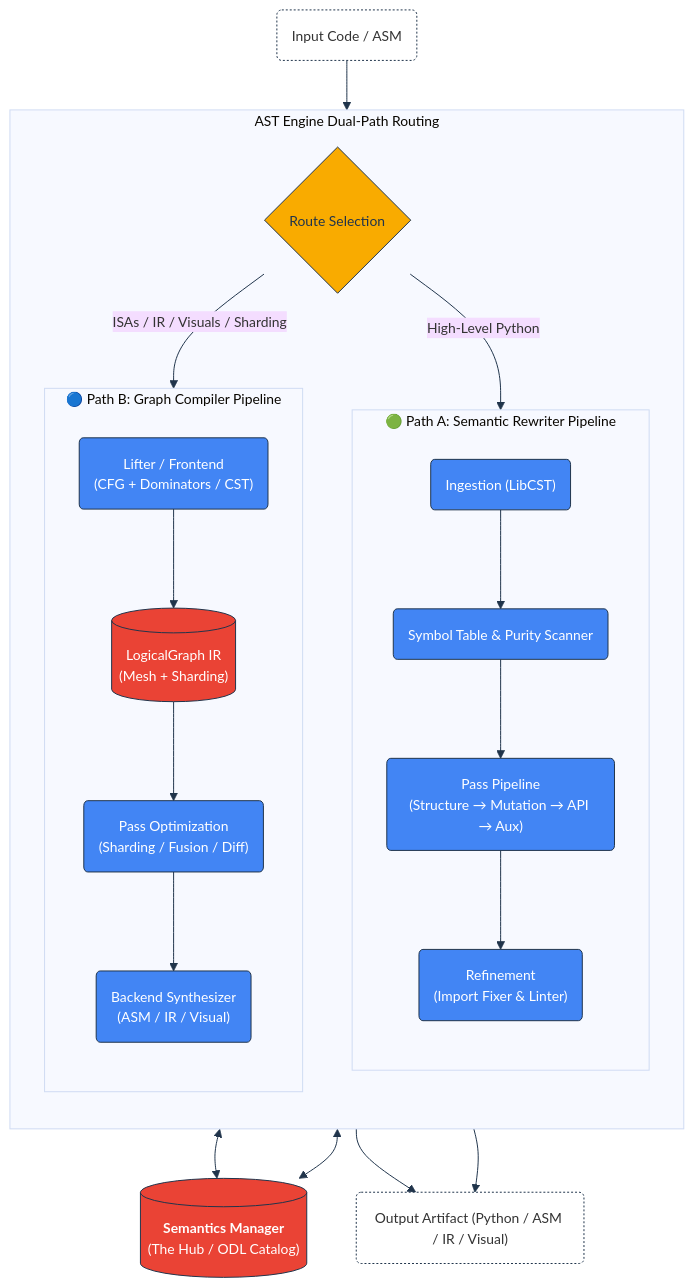
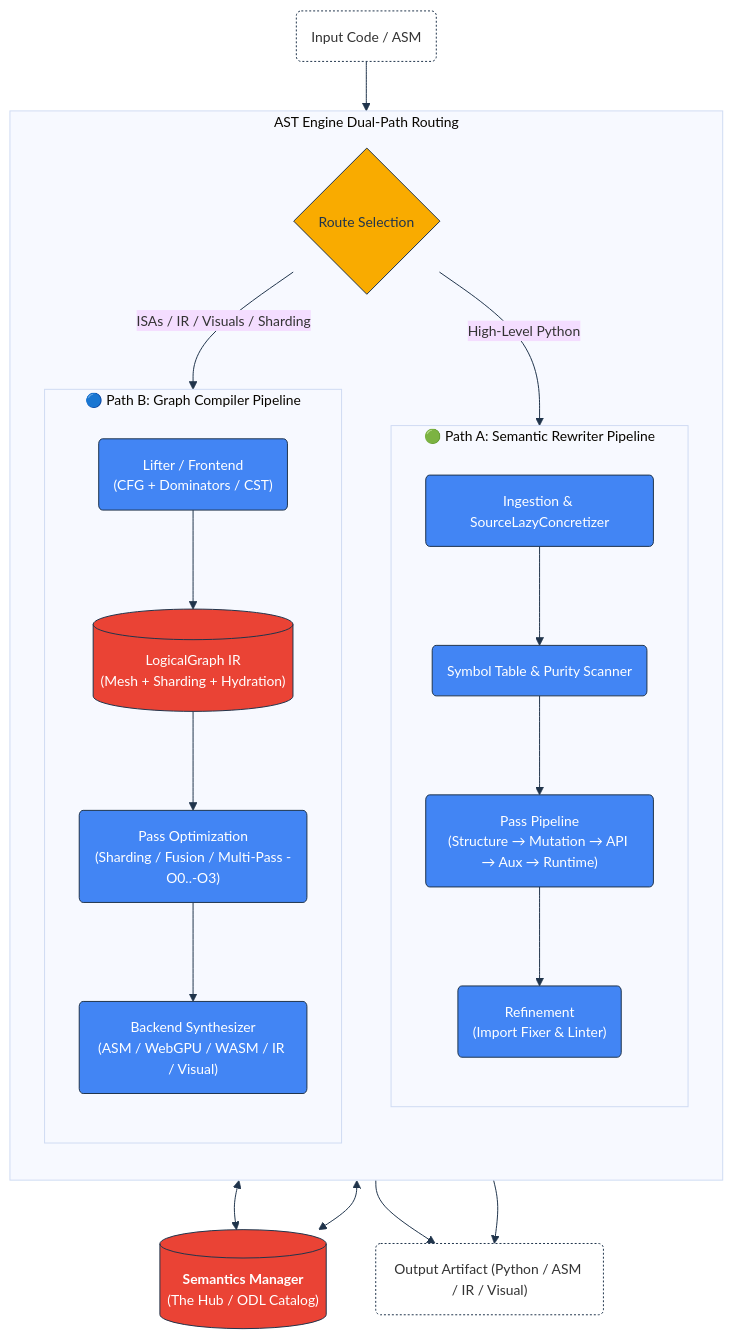
The diagram in INTERNALS.md (SamuelMarks/ml-switcheroo), drawn with Mermaid before and after one commit. The commit also changed other lines of this file and 139 other files, not shown here.

````diff
--- a/INTERNALS.md
+++ b/INTERNALS.md
@@ -36,46 +36,46 @@
 ```mermaid
 %%{init: {'theme': 'base', 'themeVariables': { 'fontFamily': 'Google Sans', 'fontSize': '14px', 'lineColor': '#20344b'}}}%%
 graph TD
     classDef process fill: #4285f4, stroke: #20344b, stroke-width: 1px, color: #ffffff, rx: 4px;
     classDef decision fill: #f9ab00, stroke: #20344b, stroke-width: 1px, color: #20344b, rx: 20px;
     classDef storage fill: #ea4335, stroke: #20344b, stroke-width: 1px, color: #ffffff, rx: 4px;
     classDef artifact fill: #ffffff, stroke: #20344b, stroke-width: 1px, stroke-dasharray: 2 2;
     SRC("Input Code / ASM"):::artifact
 
 subgraph ENGINE [AST Engine Dual-Path Routing]
 direction TB
 ROUTER{"Route Selection"}:::decision
 
 subgraph PATH_A [🟢 Path A: Semantic Rewriter Pipeline]
 direction TB
-INGEST("Ingestion (LibCST)"):::process
+INGEST("Ingestion & SourceLazyConcretizer"):::process
 SYMBOLS("Symbol Table & Purity Scanner"):::process
-PIPELINE("Pass Pipeline<br/>(Structure &rarr; Mutation &rarr; API &rarr; Aux)"):::process
+PIPELINE("Pass Pipeline<br/>(Structure &rarr; Mutation &rarr; API &rarr; Aux &rarr; Runtime)"):::process
 FIXER("Refinement<br/>(Import Fixer & Linter)"):::process
 INGEST --> SYMBOLS --> PIPELINE --> FIXER
 end
 
 subgraph PATH_B [🔵 Path B: Graph Compiler Pipeline]
 direction TB
 LIFT("Lifter / Frontend<br/>(CFG + Dominators / CST)"):::process
-GRAPH[("LogicalGraph IR<br/>(Mesh + Sharding)")]:::storage
-OPT("Pass Optimization<br/>(Sharding / Fusion / Diff)"):::process
-SYNTH("Backend Synthesizer<br/>(ASM / IR / Visual)"):::process
+GRAPH[("LogicalGraph IR<br/>(Mesh + Sharding + Hydration)")]:::storage
+OPT("Pass Optimization<br/>(Sharding / Fusion / Multi-Pass -O0..-O3)"):::process
+SYNTH("Backend Synthesizer<br/>(ASM / WebGPU / WASM / IR / Visual)"):::process
 LIFT --> GRAPH --> OPT --> SYNTH
 end
 end
 
 KB[("<b>Semantics Manager</b><br/>(The Hub / ODL Catalog)")]:::storage
 
 TGT("Output Artifact (Python / ASM / IR / Visual)"):::artifact
 
 SRC --> ROUTER
 ROUTER -->|" High-Level Python "|PATH_A
 ROUTER -->|" ISAs / IR / Visuals / Sharding "|PATH_B
 
 PIPELINE <--> KB
 SYNTH <--> KB
 
 FIXER --> TGT
 SYNTH --> TGT
 ```
````
